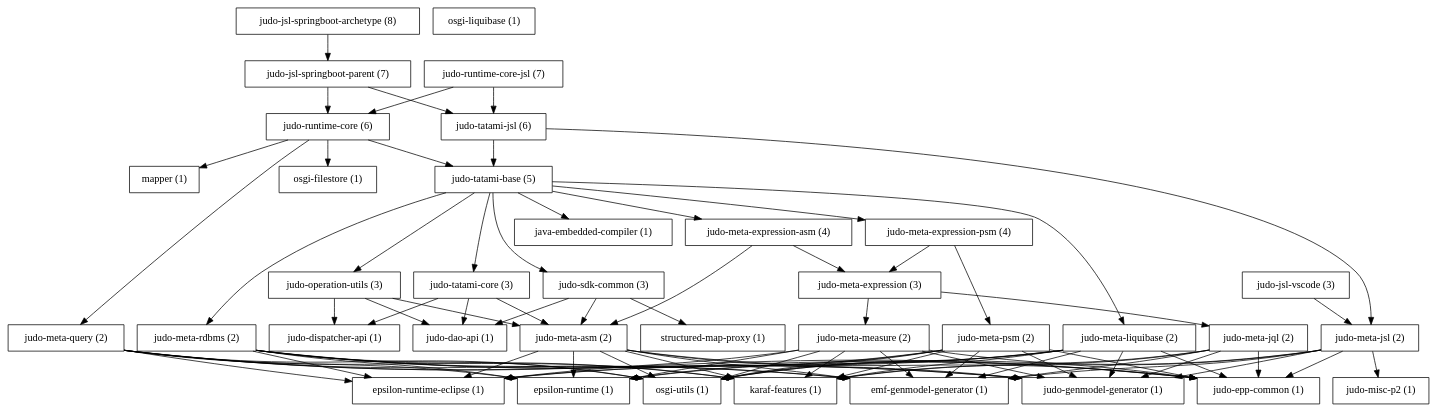
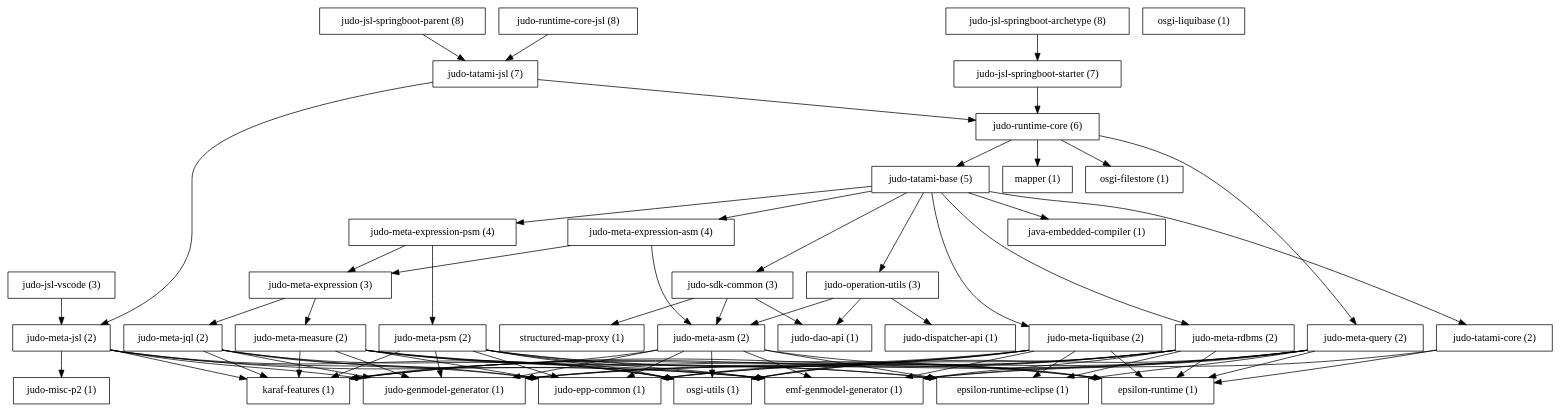
One commit to BlackBeltTechnology/judo-community changed the diagram in dependency.dot. Above: the diagram before and after it, drawn with Graphviz. The commit also changed 5 other files, not shown here.

```diff
--- a/dependency.dot
+++ b/dependency.dot
@@ -1,126 +1,125 @@
 strict digraph  {
 "epsilon-runtime (1)" [label="epsilon-runtime (1)", shape=box];
 "epsilon-runtime-eclipse (1)" [label="epsilon-runtime-eclipse (1)", shape=box];
 "emf-genmodel-generator (1)" [label="emf-genmodel-generator (1)", shape=box];
 "judo-genmodel-generator (1)" [label="judo-genmodel-generator (1)", shape=box];
 "judo-epp-common (1)" [label="judo-epp-common (1)", shape=box];
 "osgi-utils (1)" [label="osgi-utils (1)", shape=box];
 "java-embedded-compiler (1)" [label="java-embedded-compiler (1)", shape=box];
 "structured-map-proxy (1)" [label="structured-map-proxy (1)", shape=box];
 "karaf-features (1)" [label="karaf-features (1)", shape=box];
 "mapper (1)" [label="mapper (1)", shape=box];
 "osgi-liquibase (1)" [label="osgi-liquibase (1)", shape=box];
 "osgi-filestore (1)" [label="osgi-filestore (1)", shape=box];
 "judo-misc-p2 (1)" [label="judo-misc-p2 (1)", shape=box];
 "judo-dao-api (1)" [label="judo-dao-api (1)", shape=box];
 "judo-dispatcher-api (1)" [label="judo-dispatcher-api (1)", shape=box];
 "judo-jsl-vscode (3)" [label="judo-jsl-vscode (3)", shape=box];
 "judo-meta-asm (2)" [label="judo-meta-asm (2)", shape=box];
 "judo-meta-expression (3)" [label="judo-meta-expression (3)", shape=box];
 "judo-meta-expression-asm (4)" [label="judo-meta-expression-asm (4)", shape=box];
 "judo-meta-expression-psm (4)" [label="judo-meta-expression-psm (4)", shape=box];
 "judo-meta-jql (2)" [label="judo-meta-jql (2)", shape=box];
 "judo-meta-jsl (2)" [label="judo-meta-jsl (2)", shape=box];
 "judo-meta-liquibase (2)" [label="judo-meta-liquibase (2)", shape=box];
 "judo-meta-measure (2)" [label="judo-meta-measure (2)", shape=box];
 "judo-meta-psm (2)" [label="judo-meta-psm (2)", shape=box];
 "judo-meta-query (2)" [label="judo-meta-query (2)", shape=box];
 "judo-meta-rdbms (2)" [label="judo-meta-rdbms (2)", shape=box];
 "judo-operation-utils (3)" [label="judo-operation-utils (3)", shape=box];
 "judo-runtime-core (6)" [label="judo-runtime-core (6)", shape=box];
-"judo-runtime-core-jsl (7)" [label="judo-runtime-core-jsl (7)", shape=box];
+"judo-runtime-core-jsl (8)" [label="judo-runtime-core-jsl (8)", shape=box];
 "judo-sdk-common (3)" [label="judo-sdk-common (3)", shape=box];
 "judo-tatami-base (5)" [label="judo-tatami-base (5)", shape=box];
-"judo-tatami-core (3)" [label="judo-tatami-core (3)", shape=box];
-"judo-tatami-jsl (6)" [label="judo-tatami-jsl (6)", shape=box];
-"judo-jsl-springboot-parent (7)" [label="judo-jsl-springboot-parent (7)", shape=box];
+"judo-tatami-core (2)" [label="judo-tatami-core (2)", shape=box];
+"judo-tatami-jsl (7)" [label="judo-tatami-jsl (7)", shape=box];
+"judo-jsl-springboot-parent (8)" [label="judo-jsl-springboot-parent (8)", shape=box];
+"judo-jsl-springboot-starter (7)" [label="judo-jsl-springboot-starter (7)", shape=box];
 "judo-jsl-springboot-archetype (8)" [label="judo-jsl-springboot-archetype (8)", shape=box];
 "judo-jsl-vscode (3)" -> "judo-meta-jsl (2)";
+"judo-meta-asm (2)" -> "karaf-features (1)";
+"judo-meta-asm (2)" -> "epsilon-runtime (1)";
+"judo-meta-asm (2)" -> "epsilon-runtime-eclipse (1)";
+"judo-meta-asm (2)" -> "judo-genmodel-generator (1)";
 "judo-meta-asm (2)" -> "emf-genmodel-generator (1)";
-"judo-meta-asm (2)" -> "karaf-features (1)";
+"judo-meta-asm (2)" -> "judo-epp-common (1)";
 "judo-meta-asm (2)" -> "osgi-utils (1)";
-"judo-meta-asm (2)" -> "judo-genmodel-generator (1)";
-"judo-meta-asm (2)" -> "epsilon-runtime (1)";
-"judo-meta-asm (2)" -> "judo-epp-common (1)";
-"judo-meta-asm (2)" -> "epsilon-runtime-eclipse (1)";
+"judo-meta-expression (3)" -> "judo-meta-jql (2)";
 "judo-meta-expression (3)" -> "judo-meta-measure (2)";
-"judo-meta-expression (3)" -> "judo-meta-jql (2)";
 "judo-meta-expression-asm (4)" -> "judo-meta-expression (3)";
 "judo-meta-expression-asm (4)" -> "judo-meta-asm (2)";
+"judo-meta-expression-psm (4)" -> "judo-meta-expression (3)";
 "judo-meta-expression-psm (4)" -> "judo-meta-psm (2)";
-"judo-meta-expression-psm (4)" -> "judo-meta-expression (3)";
-"judo-meta-jql (2)" -> "emf-genmodel-generator (1)";
 "judo-meta-jql (2)" -> "karaf-features (1)";
 "judo-meta-jql (2)" -> "judo-genmodel-generator (1)";
+"judo-meta-jql (2)" -> "emf-genmodel-generator (1)";
 "judo-meta-jql (2)" -> "judo-epp-common (1)";
 "judo-meta-jql (2)" -> "osgi-utils (1)";
+"judo-meta-jsl (2)" -> "karaf-features (1)";
+"judo-meta-jsl (2)" -> "judo-genmodel-generator (1)";
+"judo-meta-jsl (2)" -> "judo-misc-p2 (1)";
 "judo-meta-jsl (2)" -> "emf-genmodel-generator (1)";
-"judo-meta-jsl (2)" -> "karaf-features (1)";
-"judo-meta-jsl (2)" -> "judo-misc-p2 (1)";
-"judo-meta-jsl (2)" -> "judo-genmodel-generator (1)";
 "judo-meta-jsl (2)" -> "judo-epp-common (1)";
 "judo-meta-jsl (2)" -> "osgi-utils (1)";
+"judo-meta-liquibase (2)" -> "karaf-features (1)";
+"judo-meta-liquibase (2)" -> "epsilon-runtime (1)";
+"judo-meta-liquibase (2)" -> "epsilon-runtime-eclipse (1)";
+"judo-meta-liquibase (2)" -> "judo-genmodel-generator (1)";
 "judo-meta-liquibase (2)" -> "emf-genmodel-generator (1)";
-"judo-meta-liquibase (2)" -> "karaf-features (1)";
+"judo-meta-liquibase (2)" -> "judo-epp-common (1)";
 "judo-meta-liquibase (2)" -> "osgi-utils (1)";
-"judo-meta-liquibase (2)" -> "judo-genmodel-generator (1)";
-"judo-meta-liquibase (2)" -> "epsilon-runtime (1)";
-"judo-meta-liquibase (2)" -> "judo-epp-common (1)";
-"judo-meta-liquibase (2)" -> "epsilon-runtime-eclipse (1)";
+"judo-meta-measure (2)" -> "karaf-features (1)";
+"judo-meta-measure (2)" -> "epsilon-runtime (1)";
+"judo-meta-measure (2)" -> "epsilon-runtime-eclipse (1)";
+"judo-meta-measure (2)" -> "judo-genmodel-generator (1)";
 "judo-meta-measure (2)" -> "emf-genmodel-generator (1)";
-"judo-meta-measure (2)" -> "karaf-features (1)";
+"judo-meta-measure (2)" -> "judo-epp-common (1)";
 "judo-meta-measure (2)" -> "osgi-utils (1)";
-"judo-meta-measure (2)" -> "judo-genmodel-generator (1)";
-"judo-meta-measure (2)" -> "epsilon-runtime (1)";
-"judo-meta-measure (2)" -> "judo-epp-common (1)";
-"judo-meta-measure (2)" -> "epsilon-runtime-eclipse (1)";
+"judo-meta-psm (2)" -> "karaf-features (1)";
+"judo-meta-psm (2)" -> "epsilon-runtime (1)";
+"judo-meta-psm (2)" -> "epsilon-runtime-eclipse (1)";
+"judo-meta-psm (2)" -> "judo-genmodel-generator (1)";
 "judo-meta-psm (2)" -> "emf-genmodel-generator (1)";
-"judo-meta-psm (2)" -> "karaf-features (1)";
+"judo-meta-psm (2)" -> "judo-epp-common (1)";
 "judo-meta-psm (2)" -> "osgi-utils (1)";
-"judo-meta-psm (2)" -> "judo-genmodel-generator (1)";
-"judo-meta-psm (2)" -> "epsilon-runtime (1)";
-"judo-meta-psm (2)" -> "judo-epp-common (1)";
-"judo-meta-psm (2)" -> "epsilon-runtime-eclipse (1)";
+"judo-meta-query (2)" -> "karaf-features (1)";
+"judo-meta-query (2)" -> "epsilon-runtime (1)";
+"judo-meta-query (2)" -> "epsilon-runtime-eclipse (1)";
+"judo-meta-query (2)" -> "judo-genmodel-generator (1)";
 "judo-meta-query (2)" -> "emf-genmodel-generator (1)";
-"judo-meta-query (2)" -> "karaf-features (1)";
+"judo-meta-query (2)" -> "judo-epp-common (1)";
 "judo-meta-query (2)" -> "osgi-utils (1)";
-"judo-meta-query (2)" -> "judo-genmodel-generator (1)";
-"judo-meta-query (2)" -> "epsilon-runtime (1)";
-"judo-meta-query (2)" -> "judo-epp-common (1)";
-"judo-meta-query (2)" -> "epsilon-runtime-eclipse (1)";
+"judo-meta-rdbms (2)" -> "karaf-features (1)";
+"judo-meta-rdbms (2)" -> "epsilon-runtime (1)";
+"judo-meta-rdbms (2)" -> "epsilon-runtime-eclipse (1)";
+"judo-meta-rdbms (2)" -> "judo-genmodel-generator (1)";
 "judo-meta-rdbms (2)" -> "emf-genmodel-generator (1)";
-"judo-meta-rdbms (2)" -> "karaf-features (1)";
+"judo-meta-rdbms (2)" -> "judo-epp-common (1)";
 "judo-meta-rdbms (2)" -> "osgi-utils (1)";
-"judo-meta-rdbms (2)" -> "judo-genmodel-generator (1)";
-"judo-meta-rdbms (2)" -> "epsilon-runtime (1)";
-"judo-meta-rdbms (2)" -> "judo-epp-common (1)";
-"judo-meta-rdbms (2)" -> "epsilon-runtime-eclipse (1)";
+"judo-operation-utils (3)" -> "judo-meta-asm (2)";
 "judo-operation-utils (3)" -> "judo-dispatcher-api (1)";
-"judo-operation-utils (3)" -> "judo-meta-asm (2)";
 "judo-operation-utils (3)" -> "judo-dao-api (1)";
 "judo-runtime-core (6)" -> "judo-tatami-base (5)";
 "judo-runtime-core (6)" -> "mapper (1)";
+"judo-runtime-core (6)" -> "osgi-filestore (1)";
 "judo-runtime-core (6)" -> "judo-meta-query (2)";
-"judo-runtime-core (6)" -> "osgi-filestore (1)";
-"judo-runtime-core-jsl (7)" -> "judo-tatami-jsl (6)";
-"judo-runtime-core-jsl (7)" -> "judo-runtime-core (6)";
+"judo-runtime-core-jsl (8)" -> "judo-tatami-jsl (7)";
 "judo-sdk-common (3)" -> "judo-meta-asm (2)";
 "judo-sdk-common (3)" -> "judo-dao-api (1)";
 "judo-sdk-common (3)" -> "structured-map-proxy (1)";
+"judo-tatami-base (5)" -> "judo-operation-utils (3)";
+"judo-tatami-base (5)" -> "java-embedded-compiler (1)";
+"judo-tatami-base (5)" -> "judo-meta-expression-asm (4)";
+"judo-tatami-base (5)" -> "judo-tatami-core (2)";
 "judo-tatami-base (5)" -> "judo-meta-liquibase (2)";
-"judo-tatami-base (5)" -> "judo-tatami-core (3)";
 "judo-tatami-base (5)" -> "judo-meta-rdbms (2)";
+"judo-tatami-base (5)" -> "judo-meta-expression-psm (4)";
 "judo-tatami-base (5)" -> "judo-sdk-common (3)";
-"judo-tatami-base (5)" -> "java-embedded-compiler (1)";
-"judo-tatami-base (5)" -> "judo-meta-expression-psm (4)";
-"judo-tatami-base (5)" -> "judo-meta-expression-asm (4)";
-"judo-tatami-base (5)" -> "judo-operation-utils (3)";
-"judo-tatami-core (3)" -> "judo-dao-api (1)";
-"judo-tatami-core (3)" -> "judo-dispatcher-api (1)";
-"judo-tatami-core (3)" -> "judo-meta-asm (2)";
-"judo-tatami-jsl (6)" -> "judo-tatami-base (5)";
-"judo-tatami-jsl (6)" -> "judo-meta-jsl (2)";
-"judo-jsl-springboot-parent (7)" -> "judo-tatami-jsl (6)";
-"judo-jsl-springboot-parent (7)" -> "judo-runtime-core (6)";
-"judo-jsl-springboot-archetype (8)" -> "judo-jsl-springboot-parent (7)";
+"judo-tatami-core (2)" -> "emf-genmodel-generator (1)";
+"judo-tatami-core (2)" -> "epsilon-runtime (1)";
+"judo-tatami-jsl (7)" -> "judo-runtime-core (6)";
+"judo-tatami-jsl (7)" -> "judo-meta-jsl (2)";
+"judo-jsl-springboot-parent (8)" -> "judo-tatami-jsl (7)";
+"judo-jsl-springboot-starter (7)" -> "judo-runtime-core (6)";
+"judo-jsl-springboot-archetype (8)" -> "judo-jsl-springboot-starter (7)";
 }
```
